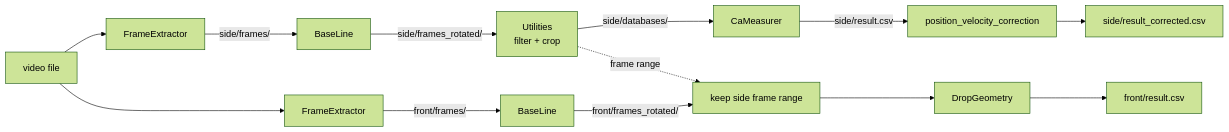
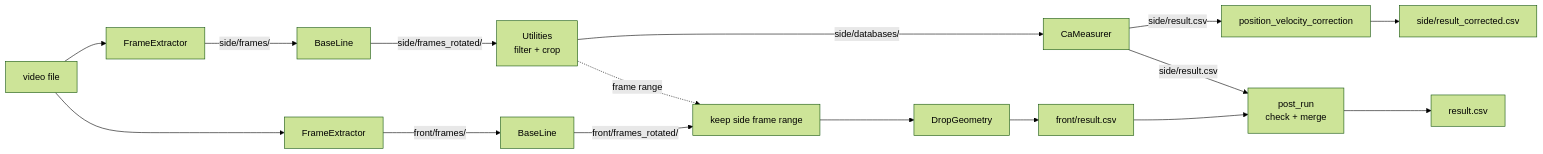
Before and after one commit to YassinRiyazi/AutomaticVideoProcessor: the diagram in README.md, drawn with Mermaid (forest theme). The commit also changed other lines of this file and 13 other files, not shown here.

````diff
--- a/README.md
+++ b/README.md
@@ -7,15 +7,18 @@
 ```mermaid
 flowchart LR
     V[video file] --> FE[FrameExtractor]
     FE -->|side/frames/| BL[BaseLine]
     BL -->|side/frames_rotated/| UT[Utilities<br/>filter + crop]
     UT -->|side/databases/| CA[CaMeasurer]
     CA -->|side/result.csv| PP[position_velocity_correction]
     PP --> R[side/result_corrected.csv]
     V --> FE2[FrameExtractor]
     FE2 -->|front/frames/| BL2[BaseLine]
     BL2 -->|front/frames_rotated/| TR[keep side frame range]
     UT -.->|frame range| TR
     TR --> DG[DropGeometry]
     DG --> R2[front/result.csv]
+    CA -->|side/result.csv| PR[post_run<br/>check + merge]
+    R2 --> PR
+    PR --> R3[result.csv]
 ```
````
